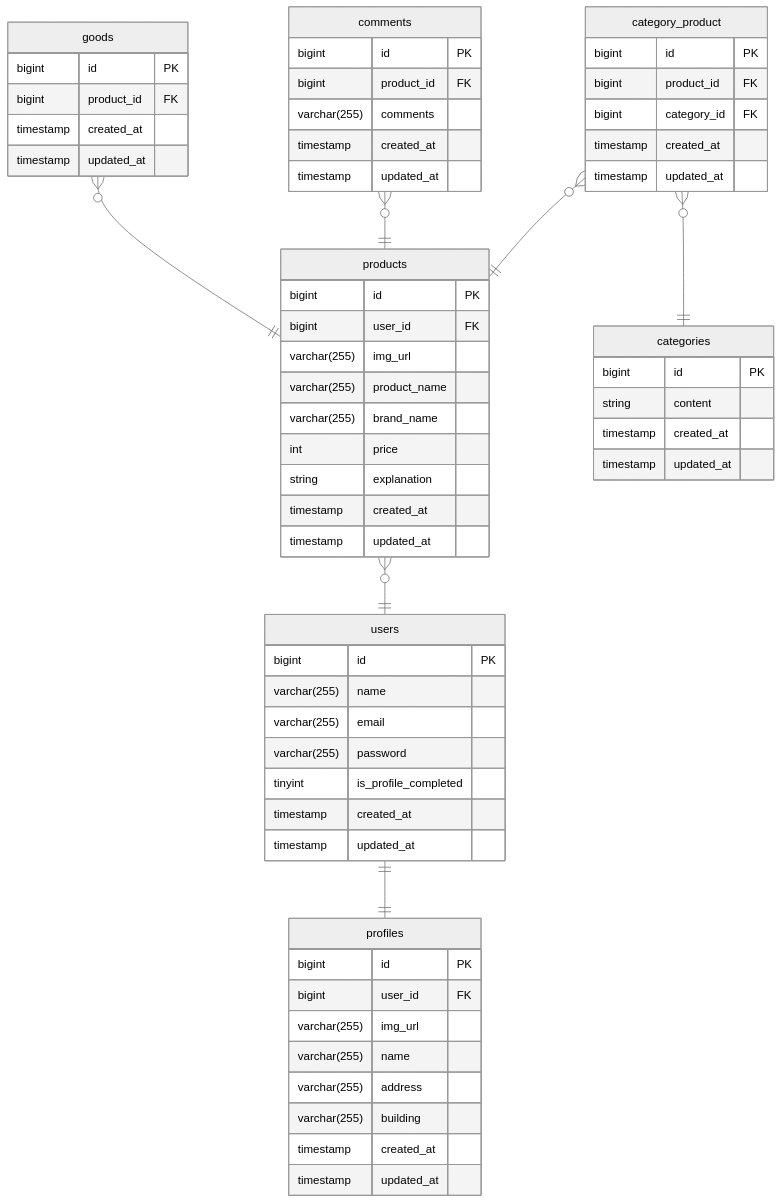
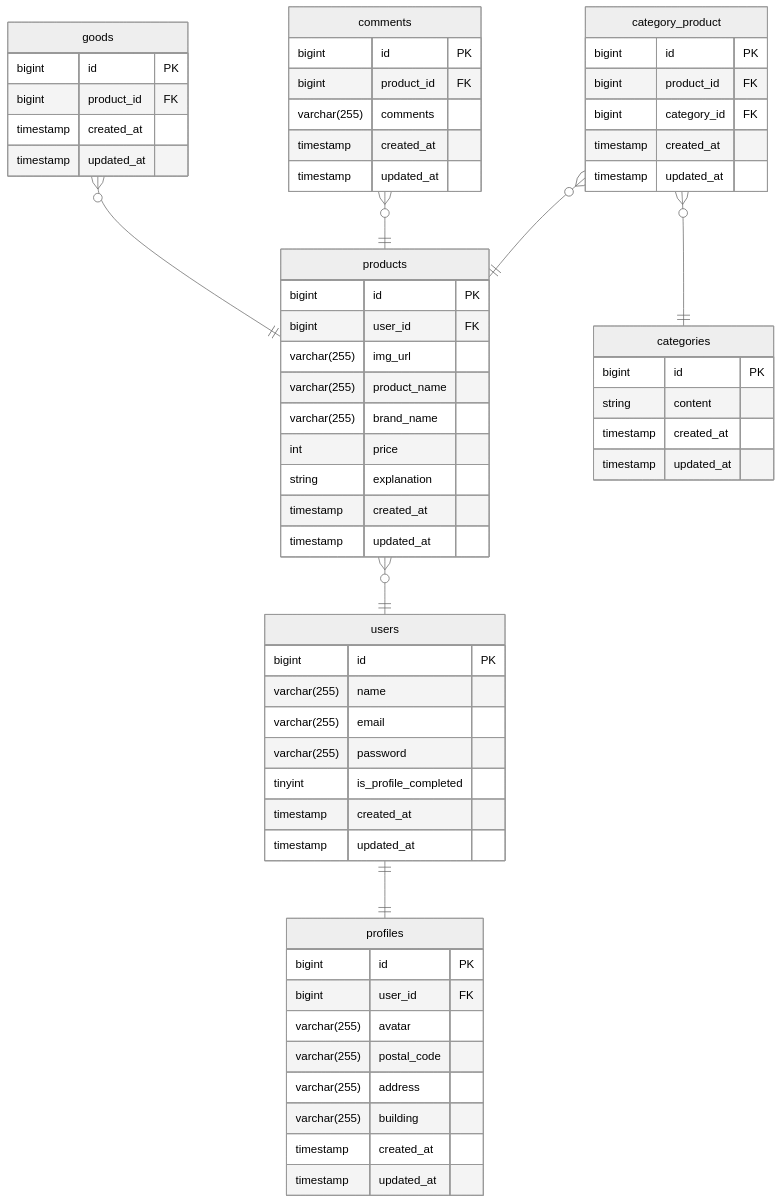
One commit to kamellll/flea-market changed the diagram in src/docs/er/er.mmd. Above: the diagram before and after it, drawn with Mermaid (neutral theme). The commit also changed 38 other files, not shown here.

```diff
--- a/src/docs/er/er.mmd
+++ b/src/docs/er/er.mmd
@@ -1,69 +1,69 @@
 erDiagram
     products }o--|| users: ""
     goods }o--|| products: ""
     comments }o--|| products: ""
     category_product }o--|| products: ""
     category_product }o--|| categories: ""
     users ||--|| profiles: ""
     products {
         bigint   id PK
         bigint    user_id  FK
         varchar(255)  img_url
         varchar(255)  product_name
         varchar(255)  brand_name
         int   price
         string  explanation
         timestamp created_at
         timestamp updated_at
     }
 
     users {
         bigint       id PK
         varchar(255) name
         varchar(255) email
         varchar(255) password
         tinyint is_profile_completed
         timestamp    created_at
         timestamp    updated_at
     }
 
     goods {
         bigint   id PK
         bigint   product_id  FK
         timestamp    created_at
         timestamp    updated_at
     }
 
     comments {
         bigint   id PK
         bigint   product_id  FK
         varchar(255)    comments
         timestamp    created_at
         timestamp    updated_at
     }
 
     categories {
         bigint  id  PK
         string  content
         timestamp    created_at
         timestamp    updated_at
     }
 
     category_product {
         bigint  id  PK
         bigint  product_id  FK
         bigint  category_id   FK
         timestamp    created_at
         timestamp    updated_at
     }
 
     profiles {
         bigint  id  PK
         bigint  user_id FK
-        varchar(255)    img_url
-        varchar(255)    name
+        varchar(255)    avatar
+        varchar(255)    postal_code
         varchar(255)    address
         varchar(255)    building
         timestamp    created_at
         timestamp    updated_at
     }
```
